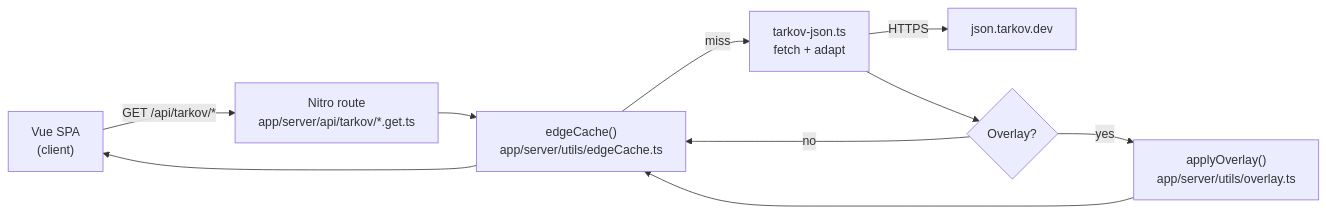
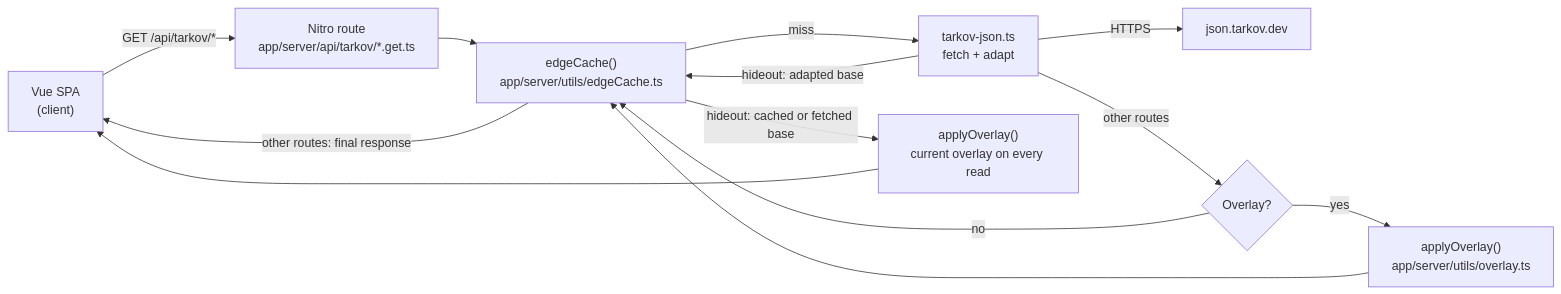
The first of 9 diagrams in docs/SYSTEMS.md (tarkovtracker-org/TarkovTracker), drawn with Mermaid before and after one commit. The commit also changed 24 other files, not shown here.

````diff
--- a/docs/SYSTEMS.md
+++ b/docs/SYSTEMS.md
@@ -102,12 +102,15 @@
 ```mermaid
 flowchart LR
     Browser["Vue SPA<br/>(client)"] -->|GET /api/tarkov/*| Route["Nitro route<br/>app/server/api/tarkov/*.get.ts"]
     Route --> Cache["edgeCache()<br/>app/server/utils/edgeCache.ts"]
     Cache -->|miss| Fetch["tarkov-json.ts<br/>fetch + adapt"]
     Fetch -->|HTTPS| Upstream["json.tarkov.dev"]
-    Fetch --> Overlay{"Overlay?"}
+    Fetch -->|hideout: adapted base| Cache
+    Fetch -->|other routes| Overlay{"Overlay?"}
     Overlay -->|yes| ApplyOverlay["applyOverlay()<br/>app/server/utils/overlay.ts"]
     Overlay -->|no| Cache
     ApplyOverlay --> Cache
-    Cache --> Browser
+    Cache -->|other routes: final response| Browser
+    Cache -->|hideout: cached or fetched base| HideoutOverlay["applyOverlay()<br/>current overlay on every read"]
+    HideoutOverlay --> Browser
 ```
````
